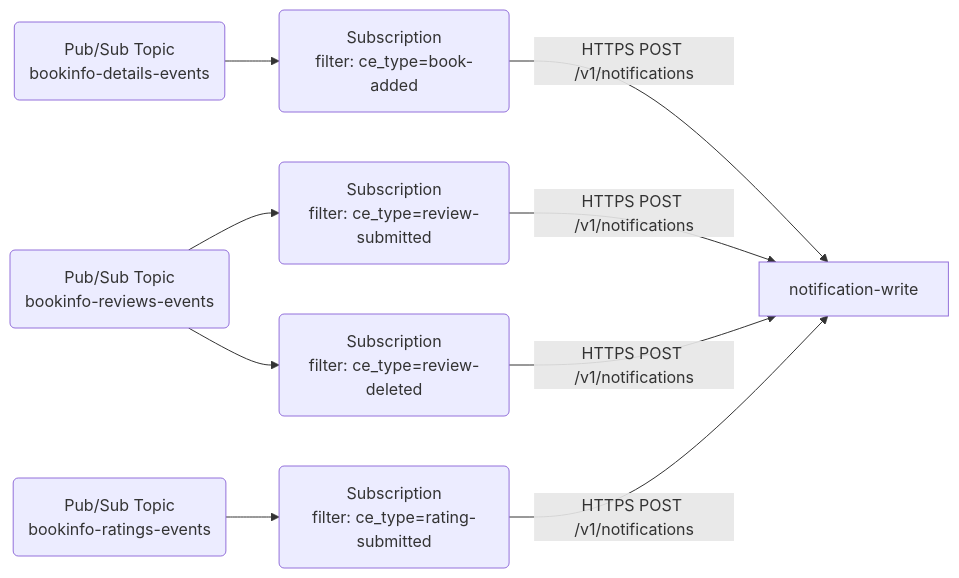
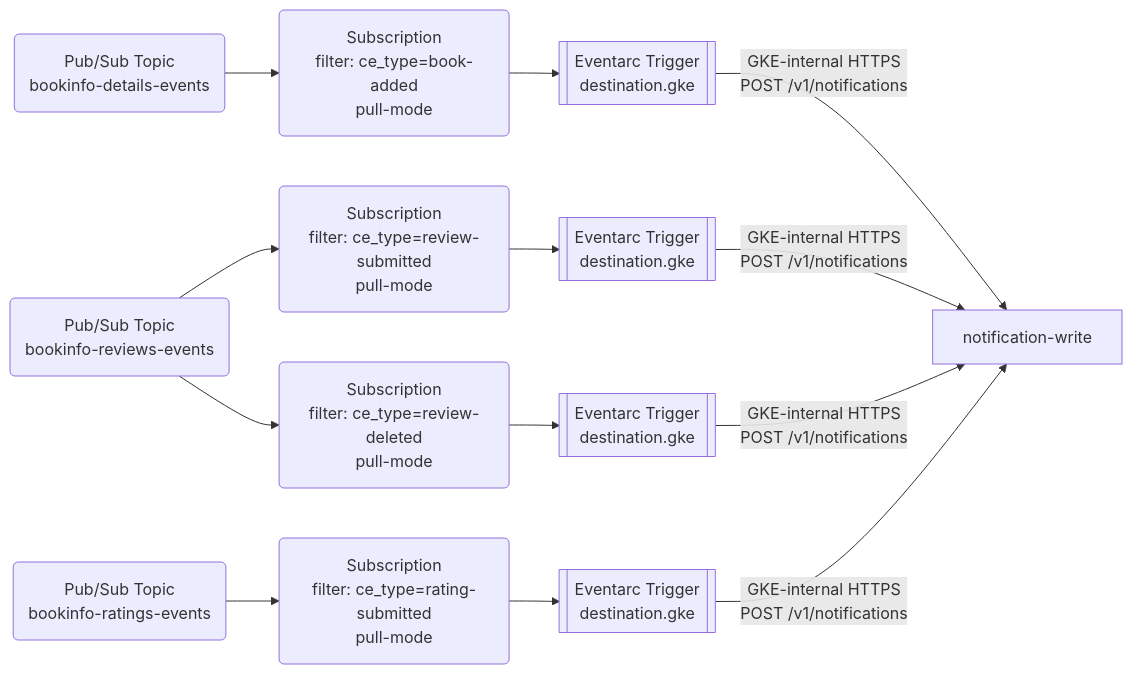
The fourth of 4 diagrams in docs/comparisons/argo-events-vs-pubsub-eventarc/02-events-catalog.md (kaio6fellipe/event-driven-bookinfo), drawn with Mermaid before and after one commit. The commit also changed other lines of this file and 5 other files, not shown here.

````diff
--- a/docs/comparisons/argo-events-vs-pubsub-eventarc/02-events-catalog.md
+++ b/docs/comparisons/argo-events-vs-pubsub-eventarc/02-events-catalog.md
@@ -144,11 +148,15 @@
 ```mermaid
 flowchart LR
-    DTopic(Pub/Sub Topic<br/>bookinfo-details-events) --> Sub1(Subscription<br/>filter: ce_type=book-added)
-    RTopic(Pub/Sub Topic<br/>bookinfo-reviews-events) --> Sub2(Subscription<br/>filter: ce_type=review-submitted)
-    RTopic --> Sub3(Subscription<br/>filter: ce_type=review-deleted)
-    ATopic(Pub/Sub Topic<br/>bookinfo-ratings-events) --> Sub4(Subscription<br/>filter: ce_type=rating-submitted)
-    Sub1 -->|HTTPS POST /v1/notifications| NW[notification-write]
-    Sub2 -->|HTTPS POST /v1/notifications| NW
-    Sub3 -->|HTTPS POST /v1/notifications| NW
-    Sub4 -->|HTTPS POST /v1/notifications| NW
+    DTopic(Pub/Sub Topic<br/>bookinfo-details-events) --> Sub1(Subscription<br/>filter: ce_type=book-added<br/>pull-mode)
+    RTopic(Pub/Sub Topic<br/>bookinfo-reviews-events) --> Sub2(Subscription<br/>filter: ce_type=review-submitted<br/>pull-mode)
+    RTopic --> Sub3(Subscription<br/>filter: ce_type=review-deleted<br/>pull-mode)
+    ATopic(Pub/Sub Topic<br/>bookinfo-ratings-events) --> Sub4(Subscription<br/>filter: ce_type=rating-submitted<br/>pull-mode)
+    Sub1 --> T1[[Eventarc Trigger<br/>destination.gke]]
+    Sub2 --> T2[[Eventarc Trigger<br/>destination.gke]]
+    Sub3 --> T3[[Eventarc Trigger<br/>destination.gke]]
+    Sub4 --> T4[[Eventarc Trigger<br/>destination.gke]]
+    T1 -->|GKE-internal HTTPS<br/>POST /v1/notifications| NW[notification-write]
+    T2 -->|GKE-internal HTTPS<br/>POST /v1/notifications| NW
+    T3 -->|GKE-internal HTTPS<br/>POST /v1/notifications| NW
+    T4 -->|GKE-internal HTTPS<br/>POST /v1/notifications| NW
 ```
````
